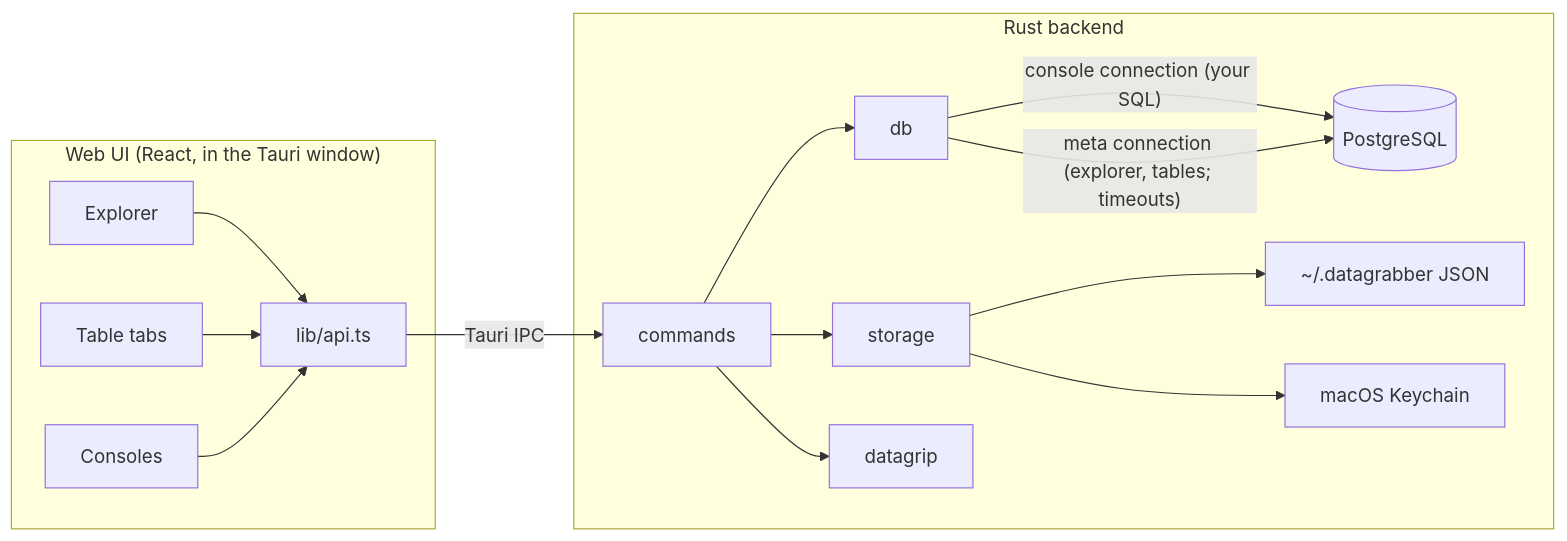
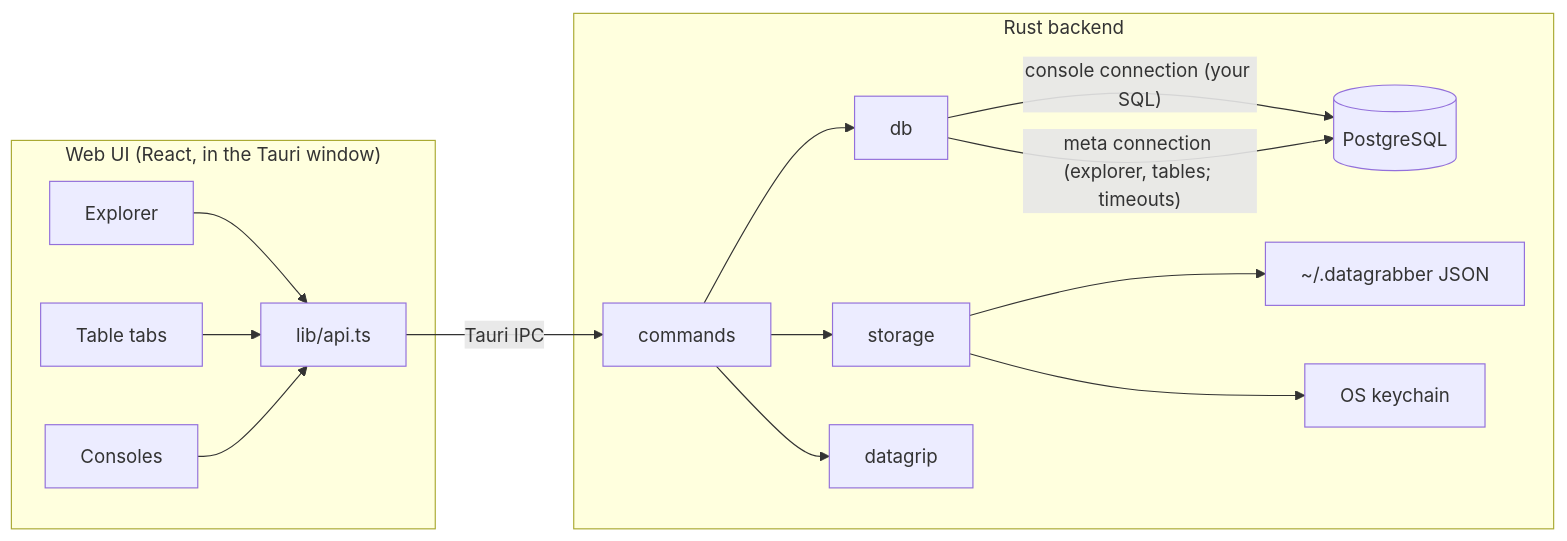
One commit to higorhlg/datagrabber changed the diagram in README.md. Above: the diagram before and after it, drawn with Mermaid. The commit also changed other lines of this file and 2 other files, not shown here.

````diff
--- a/README.md
+++ b/README.md
@@ -82,18 +91,18 @@
 ```mermaid
 flowchart LR
   subgraph UI["Web UI (React, in the Tauri window)"]
     Explorer --> api[lib/api.ts]
     Tables[Table tabs] --> api
     Console[Consoles] --> api
   end
   api -- Tauri IPC --> commands
   subgraph Rust["Rust backend"]
     commands --> db
     commands --> storage
     commands --> datagrip
     db -- "console connection (your SQL)" --> PG[(PostgreSQL)]
     db -- "meta connection (explorer, tables; timeouts)" --> PG
     storage --> files[~/.datagrabber JSON]
-    storage --> keychain[macOS Keychain]
+    storage --> keychain[OS keychain]
   end
 ```
````
